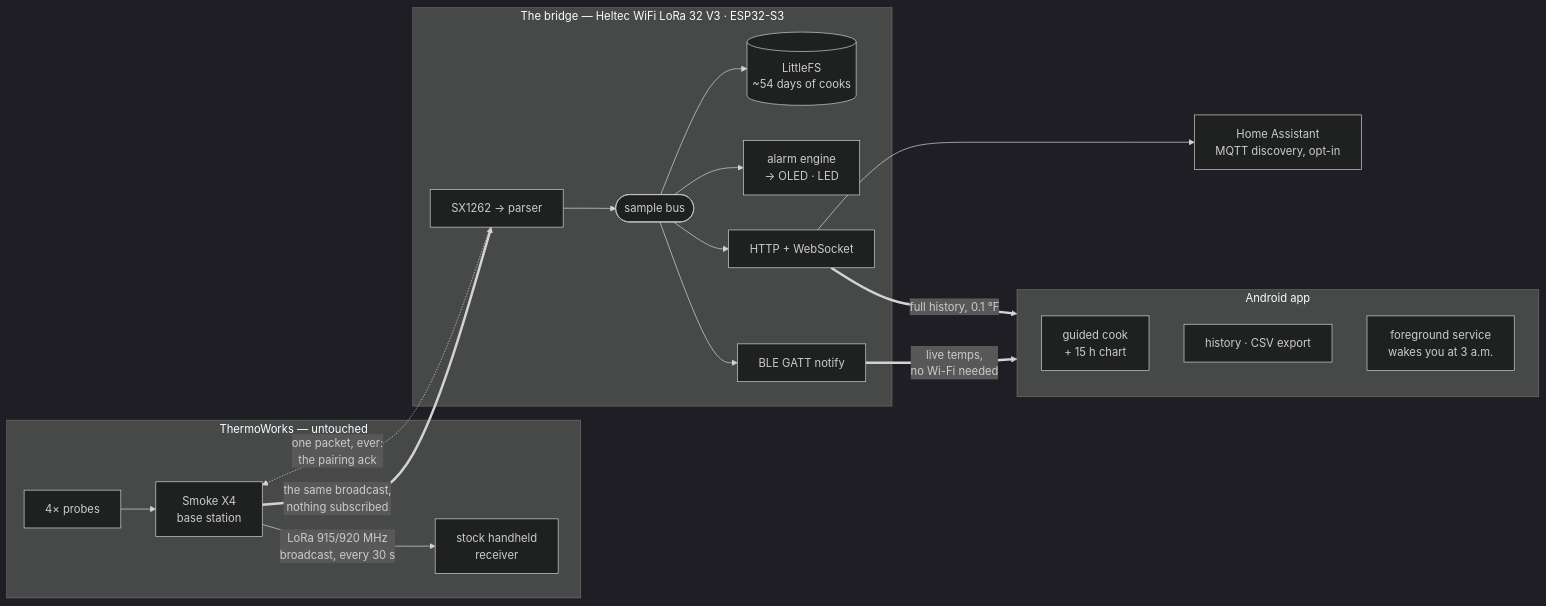
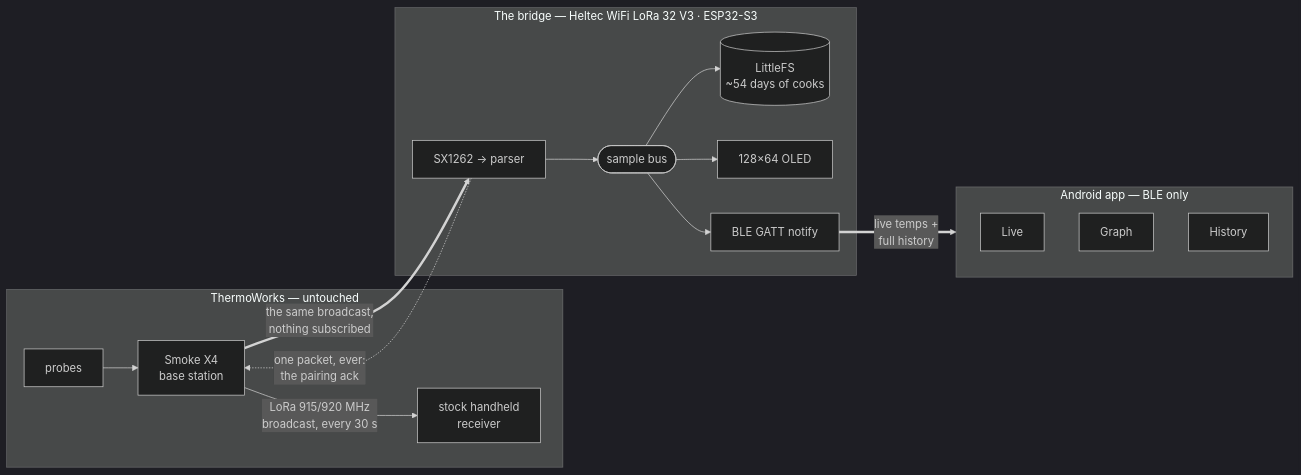
Before and after one commit to binbuf/smoke-x4-smart-bridge: the diagram in README.md, drawn with Mermaid (dark theme). The commit also changed other lines of this file and 1 other file, not shown here.

````diff
--- a/README.md
+++ b/README.md
@@ -23,27 +40,24 @@
 ```mermaid
 flowchart LR
     subgraph TW["ThermoWorks — untouched"]
-        PR["4× probes"] --> BASE["Smoke X4<br/>base station"]
+        PR["probes"] --> BASE["Smoke X4<br/>base station"]
         BASE -->|"LoRa 915/920 MHz<br/>broadcast, every 30 s"| RX["stock handheld<br/>receiver"]
     end
 
     subgraph BR["The bridge — Heltec WiFi LoRa 32 V3 · ESP32-S3"]
         SX["SX1262 → parser"] --> BUS(["sample bus"])
         BUS --> FS[("LittleFS<br/>~54 days of cooks")]
-        BUS --> AL["alarm engine<br/>→ OLED · LED"]
-        BUS --> WEB["HTTP + WebSocket"]
+        BUS --> OLED["128×64 OLED"]
         BUS --> GATT["BLE GATT notify"]
     end
 
-    subgraph APP["Android app"]
-        COOK["guided cook<br/>+ 15 h chart"]
-        HIST["history · CSV export"]
-        ALARM["foreground service<br/>wakes you at 3 a.m."]
+    subgraph APP["Android app — BLE only"]
+        LIVE["Live"]
+        GRAPH["Graph"]
+        HIST["History"]
     end
 
     BASE ==>|"the same broadcast,<br/>nothing subscribed"| SX
     SX -.->|"one packet, ever:<br/>the pairing ack"| BASE
-    GATT ==>|"live temps,<br/>no Wi-Fi needed"| APP
-    WEB ==>|"full history, 0.1 °F"| APP
-    WEB --> HA["Home Assistant<br/>MQTT discovery, opt-in"]
+    GATT ==>|"live temps +<br/>full history"| APP
 ```
````
